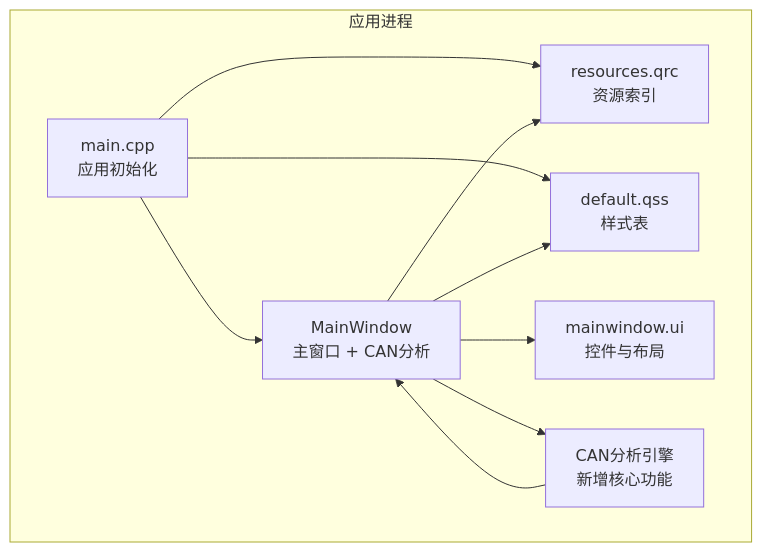
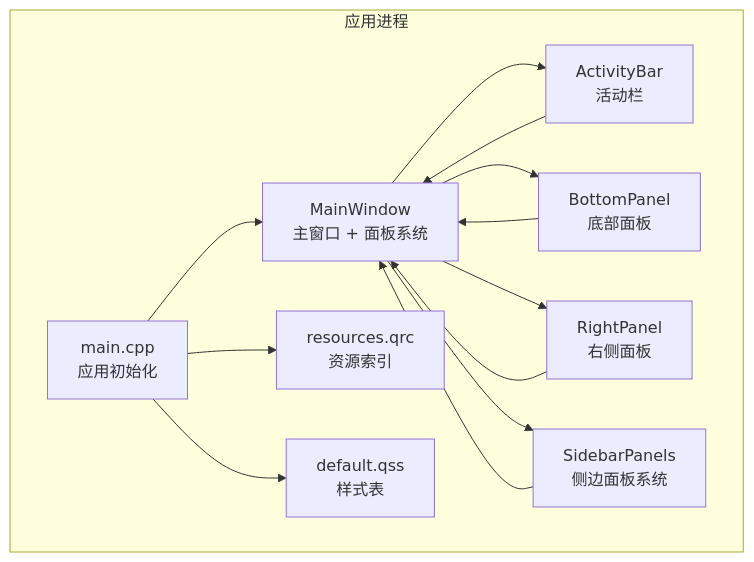
One commit to jakecai1225-design/OpenBus changed the second of 4 diagrams in .qoder/repowiki/zh/content/架构设计/主窗口组件架构.md. Above: the diagram before and after it, drawn with Mermaid. The commit also changed other lines of this file and 44 other files, not shown here.

````diff
--- a/.qoder/repowiki/zh/content/架构设计/主窗口组件架构.md
+++ b/.qoder/repowiki/zh/content/架构设计/主窗口组件架构.md
@@ -91,19 +109,24 @@
 ```mermaid
 graph TB
 subgraph "应用进程"
 M["main.cpp<br/>应用初始化"]
-MW["MainWindow<br/>主窗口 + CAN分析"]
-UI["mainwindow.ui<br/>控件与布局"]
+MW["MainWindow<br/>主窗口 + 面板系统"]
+AB["ActivityBar<br/>活动栏"]
+BP["BottomPanel<br/>底部面板"]
+RP["RightPanel<br/>右侧面板"]
+SP["SidebarPanels<br/>侧边面板系统"]
 R["resources.qrc<br/>资源索引"]
 QSS["default.qss<br/>样式表"]
-CAN["CAN分析引擎<br/>新增核心功能"]
 end
 M --> MW
 M --> R
 M --> QSS
-MW --> UI
-MW --> R
-MW --> QSS
-MW --> CAN
-CAN --> MW
+MW --> AB
+MW --> BP
+MW --> RP
+MW --> SP
+AB --> MW
+BP --> MW
+RP --> MW
+SP --> MW
 ```
````
